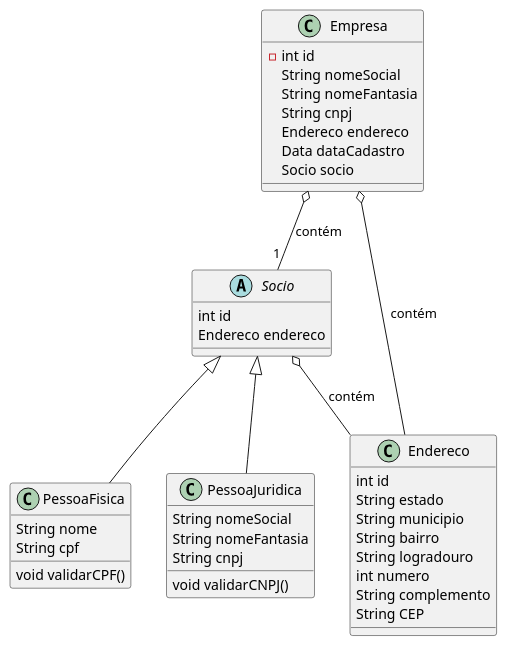
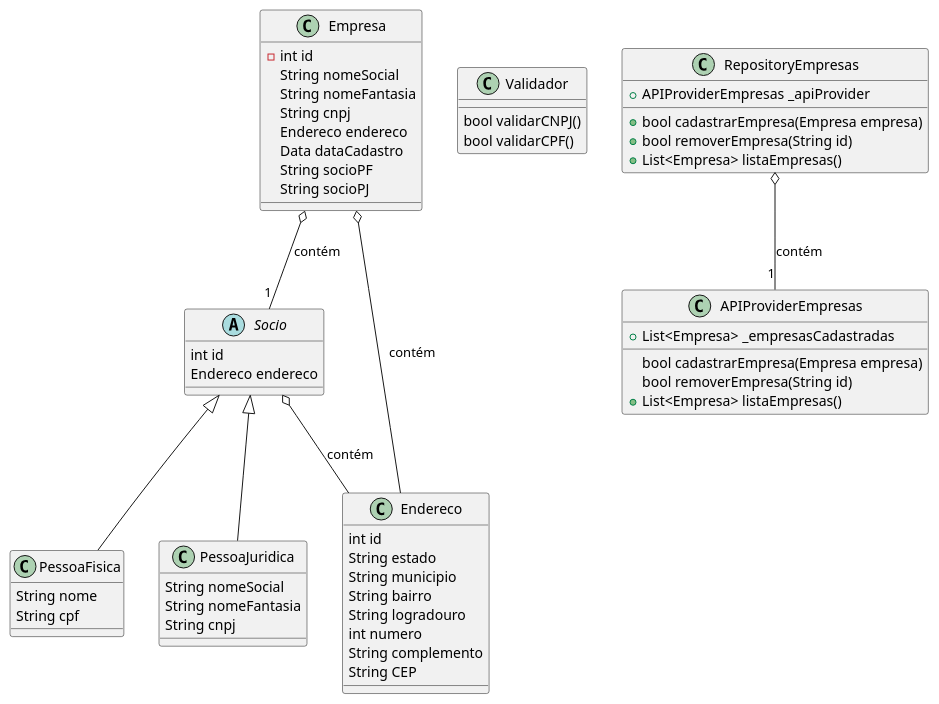
The diagram in registre_empresa.plantuml (jacksonlira88/proz-trabalho-final01), drawn with PlantUML before and after one commit. The commit also changed 7 other files, not shown here.

```diff
--- a/registre_empresa.plantuml
+++ b/registre_empresa.plantuml
@@ -1,52 +1,77 @@
 @startuml
 
 class Empresa{
     -int id
     String nomeSocial
     String nomeFantasia
     String cnpj
     Endereco endereco
     Data dataCadastro 
-    Socio socio 
+    String socioPF
+    String socioPJ 
+
+   
 }
 
 abstract Socio{
     int id
     Endereco endereco
    
 }
 
 Empresa o--"1" Socio : contém
 
 
 class Endereco {
     int id
     String estado
     String municipio
     String bairro
     String logradouro
     int numero
     String complemento
     String CEP
 }
 Empresa o-- Endereco : contém
 Socio o-- Endereco: contém
 
 class PessoaFisica extends Socio{
     String nome
     String cpf
-    void validarCPF()
+   
 }
 
 class PessoaJuridica extends Socio{
     String nomeSocial
     String nomeFantasia
     String cnpj
-    void validarCNPJ()
+    
+}
+
+class Validador{
+    bool validarCNPJ()
+    bool validarCPF()
+}
+
+class APIProviderEmpresas{
+    +List<Empresa> _empresasCadastradas
+
+    bool cadastrarEmpresa(Empresa empresa)
+    bool removerEmpresa(String id)
+    +List<Empresa> listaEmpresas()
+
+
 
 }
 
+class RepositoryEmpresas{
+    +APIProviderEmpresas _apiProvider
 
+    +bool cadastrarEmpresa(Empresa empresa)
+    +bool removerEmpresa(String id)
+    +List<Empresa> listaEmpresas()
+}
 
+RepositoryEmpresas  o--"1" APIProviderEmpresas : contém
 
 @enduml
```
